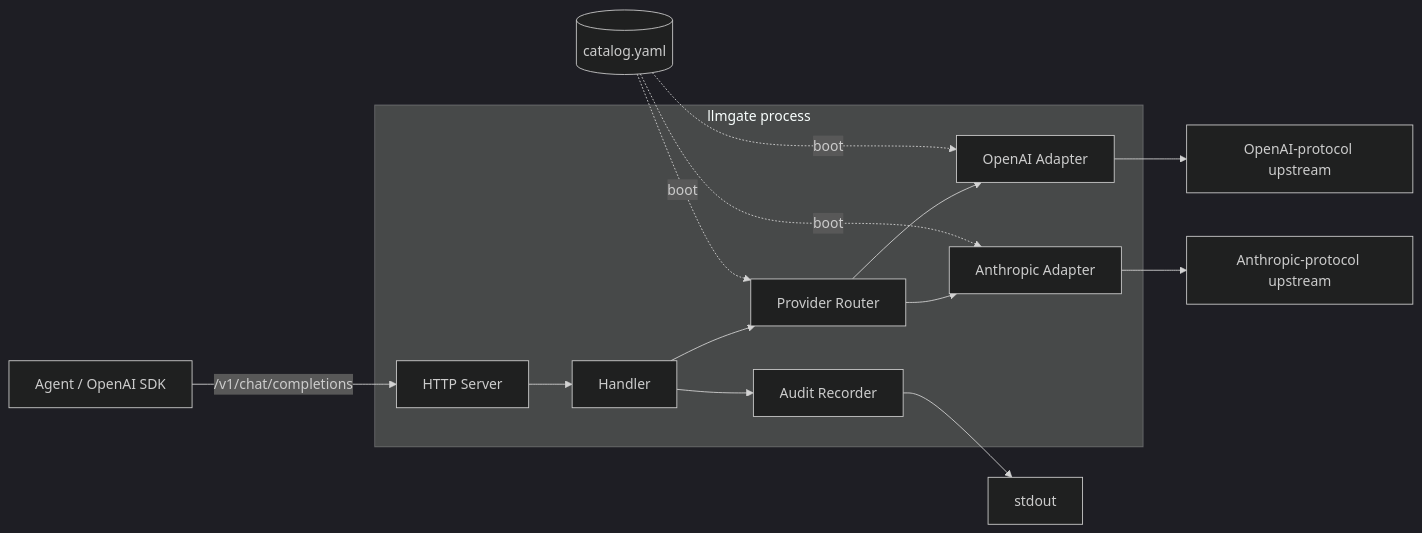
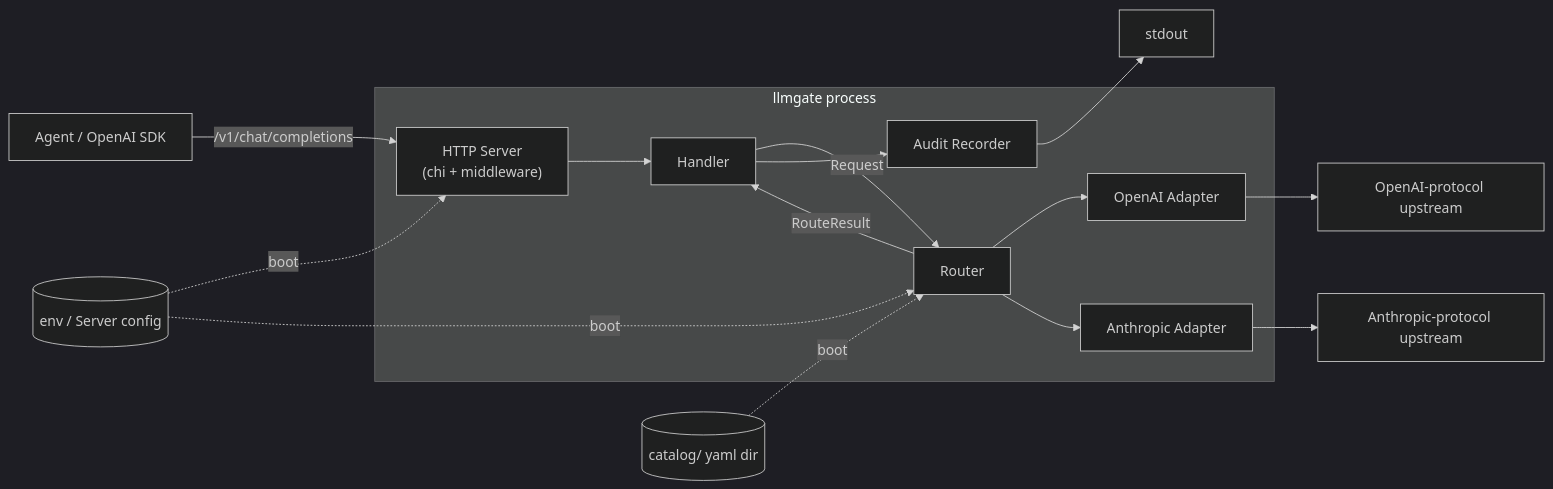
Before and after one commit to cagojeiger/llmgate: the first of 2 diagrams in docs/architecture.md, drawn with Mermaid (dark theme). The commit also changed other lines of this file, not shown here.

````diff
--- a/docs/architecture.md
+++ b/docs/architecture.md
@@ -9,32 +29,34 @@
 ```mermaid
 graph LR
     Agent[Agent / OpenAI SDK]
 
     subgraph Gateway[llmgate process]
-        Server[HTTP Server]
+        Server["HTTP Server<br/>(chi + middleware)"]
         Handler[Handler]
-        Router[Provider Router]
+        Router[Router]
         OAI[OpenAI Adapter]
         Anth[Anthropic Adapter]
         Audit[Audit Recorder]
     end
 
-    Catalog[(catalog.yaml)]
+    Catalog[(catalog/ yaml dir)]
+    Env[(env / Server config)]
     UpOAI[OpenAI-protocol upstream]
     UpAnth[Anthropic-protocol upstream]
     Sink[stdout]
 
     Agent -->|/v1/chat/completions| Server
     Server --> Handler
-    Handler --> Router
+    Handler -->|Request| Router
+    Router -->|RouteResult| Handler
     Router --> OAI
     Router --> Anth
     OAI --> UpOAI
     Anth --> UpAnth
     Handler --> Audit
     Audit --> Sink
 
     Catalog -.boot.-> Router
-    Catalog -.boot.-> OAI
-    Catalog -.boot.-> Anth
+    Env -.boot.-> Server
+    Env -.boot.-> Router
 ```
````
